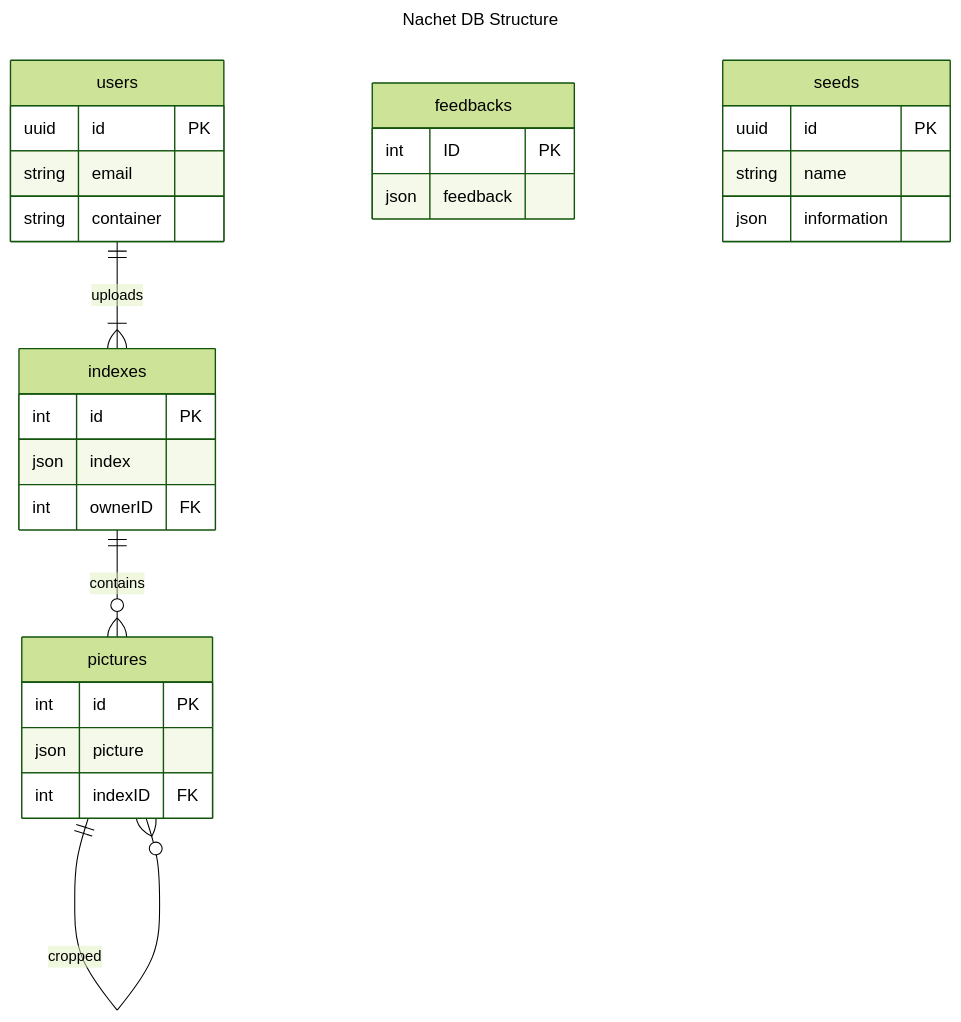
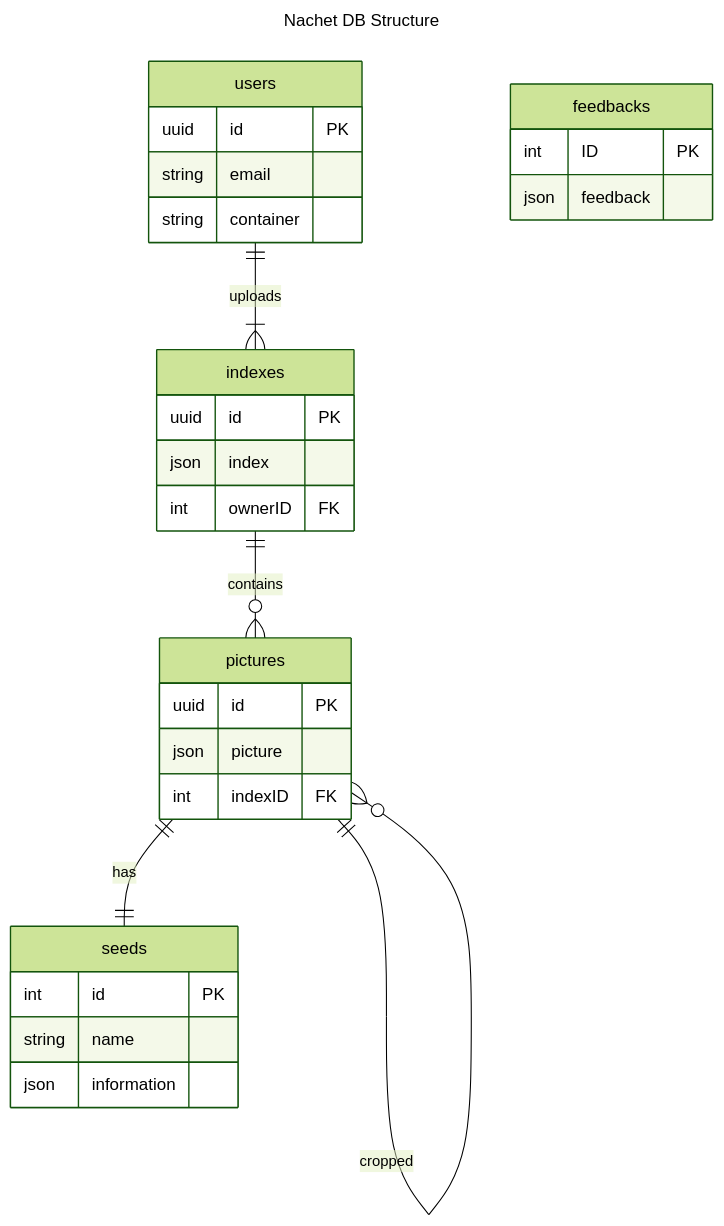
One commit to ai-cfia/ailab-datastore changed the sixth of 6 diagrams in metadata-doc.md. Above: the diagram before and after it, drawn with Mermaid (forest theme). The commit also changed 3 other files, not shown here.

````diff
--- a/metadata-doc.md
+++ b/metadata-doc.md
@@ -270,35 +270,36 @@
 ``` mermaid 
 ---
 title: Nachet DB Structure
 ---
 erDiagram
   users{
     uuid id PK
     string email
     string container  
   }
   indexes{
-    int id PK
+    uuid id PK
     json index
     int ownerID FK
   }
   pictures{
-    int id PK
+    uuid id PK
     json picture
     int indexID FK
   }
   feedbacks{
     int ID PK
     json feedback
   }
   seeds{
-    uuid id PK
+    int id PK
     string name
     json information
   }
 
   users ||--|{ indexes: uploads
   indexes ||--o{pictures: contains
   pictures ||--o{pictures: cropped
+  pictures ||--||seeds: has
 
 ```
````
